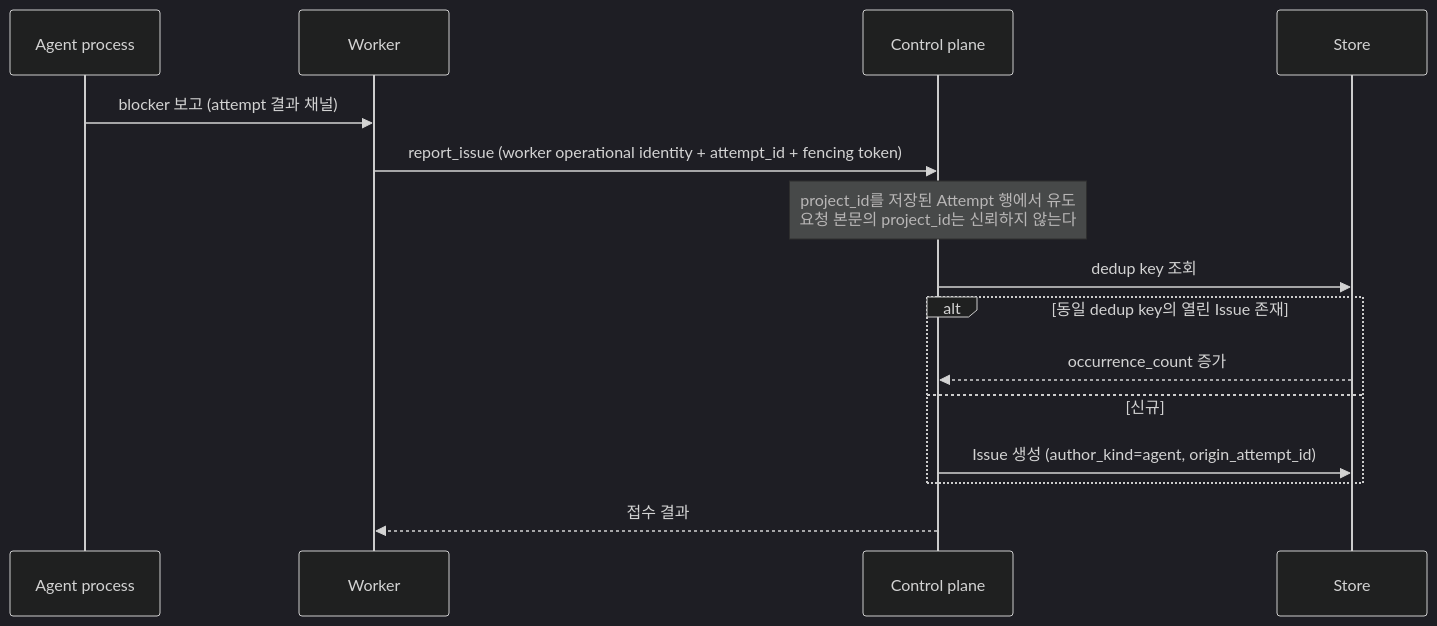
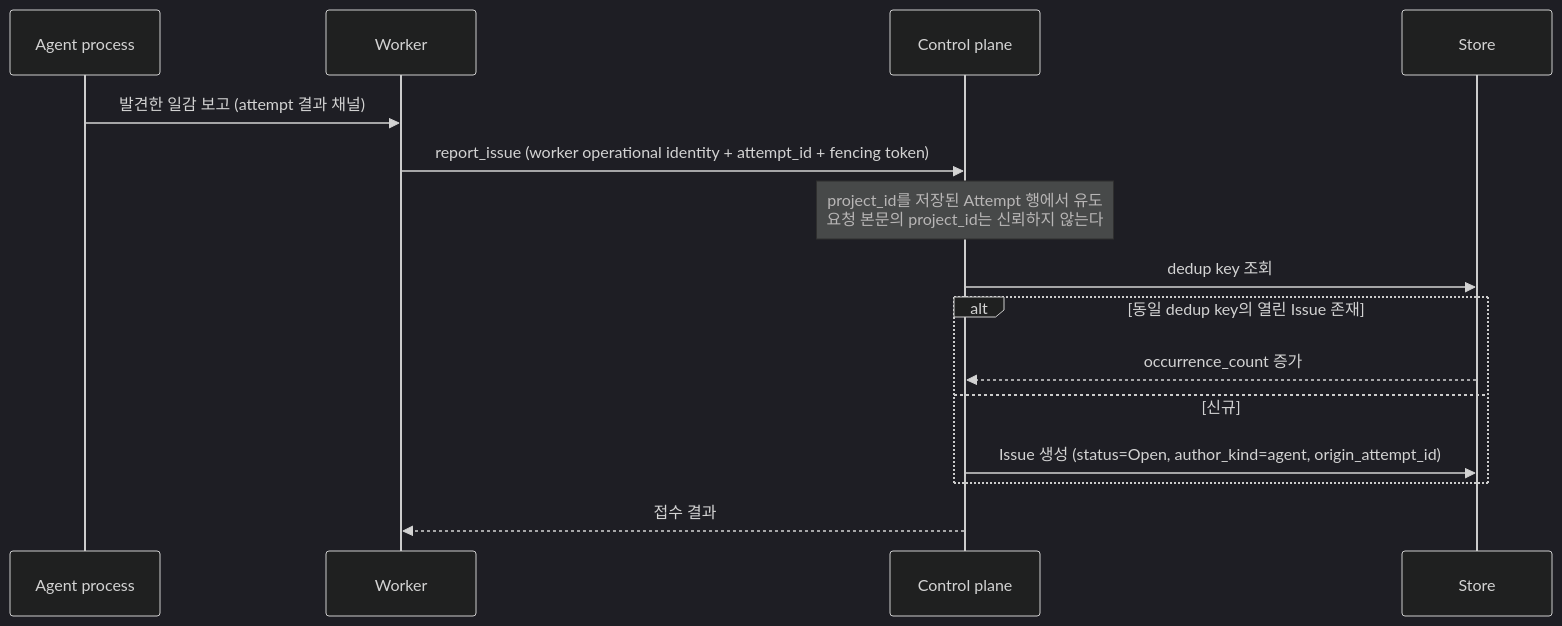
Before and after one commit to yarang/grok-fleet-orchestrator: the second of 2 diagrams in docs/architecture/issues.md, drawn with Mermaid (dark theme). The commit also changed other lines of this file and 5 other files, not shown here.

````diff
--- a/docs/architecture/issues.md
+++ b/docs/architecture/issues.md
@@ -65,18 +115,18 @@
 ```mermaid
 sequenceDiagram
     participant A as Agent process
     participant W as Worker
     participant CP as Control plane
     participant DB as Store
 
-    A->>W: blocker 보고 (attempt 결과 채널)
+    A->>W: 발견한 일감 보고 (attempt 결과 채널)
     W->>CP: report_issue (worker operational identity + attempt_id + fencing token)
     Note over CP: project_id를 저장된 Attempt 행에서 유도<br/>요청 본문의 project_id는 신뢰하지 않는다
     CP->>DB: dedup key 조회
     alt 동일 dedup key의 열린 Issue 존재
         DB-->>CP: occurrence_count 증가
     else 신규
-        CP->>DB: Issue 생성 (author_kind=agent, origin_attempt_id)
+        CP->>DB: Issue 생성 (status=Open, author_kind=agent, origin_attempt_id)
     end
     CP-->>W: 접수 결과
 ```
````
